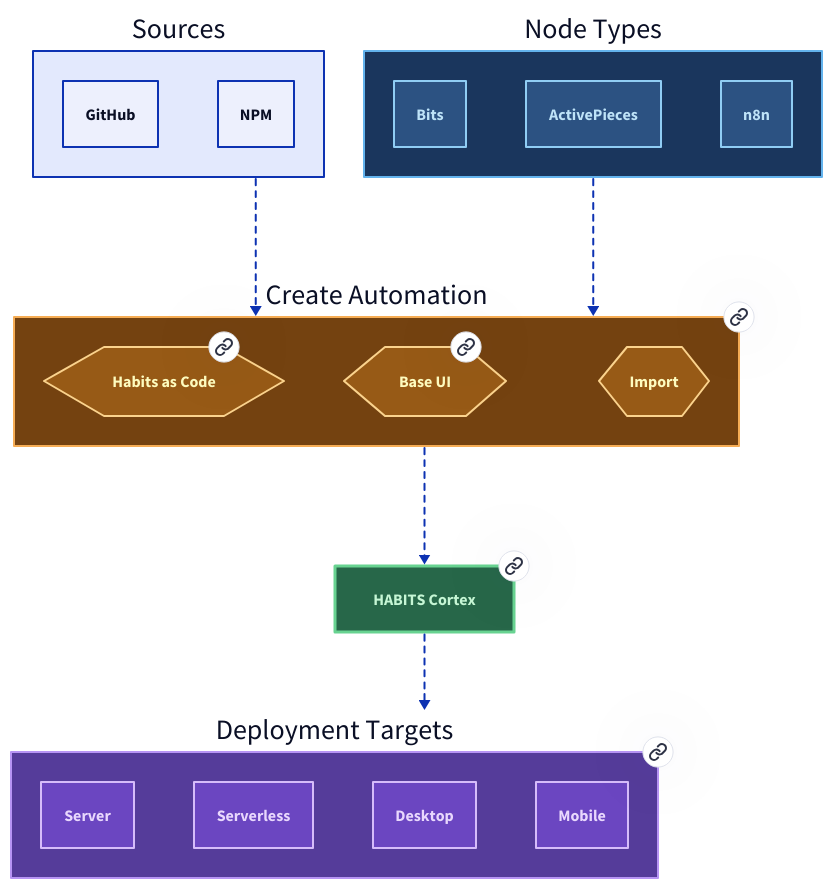
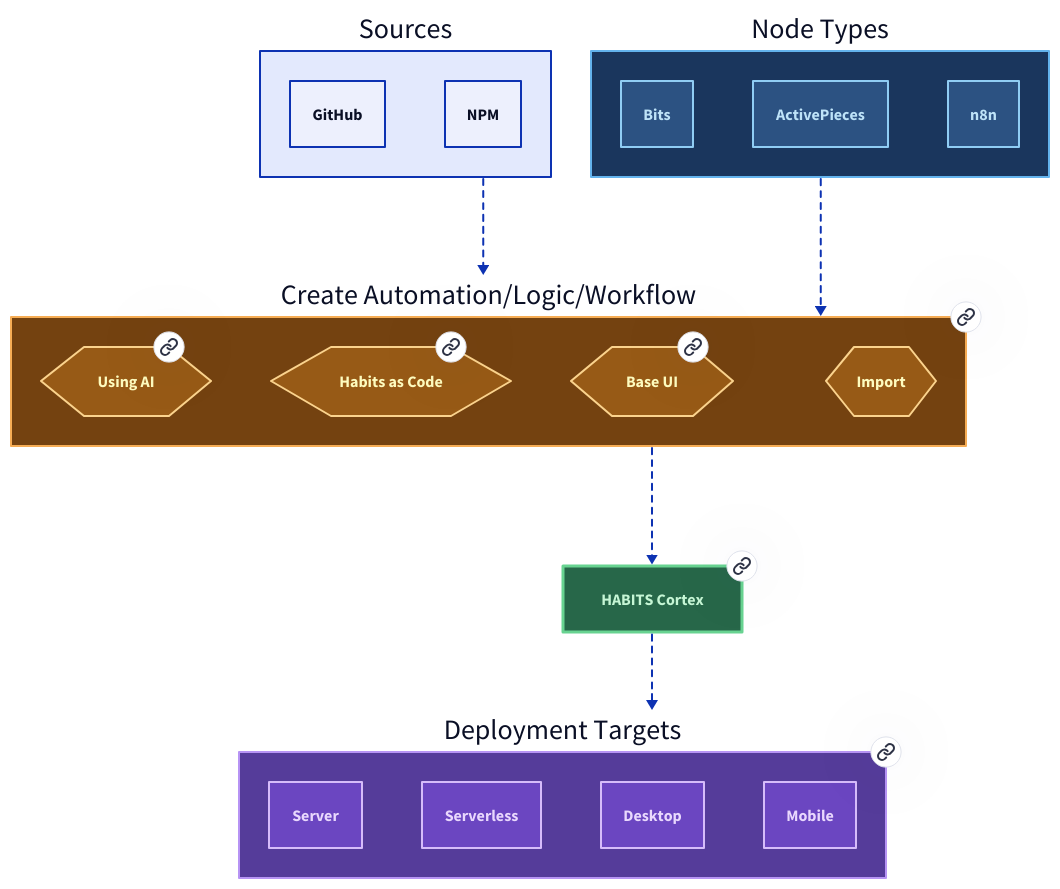
The diagram in docs/diagrams/components.md (Codenteam/habits), drawn with D2 before and after one commit. The commit also changed 3 other files, not shown here.

```diff
--- a/docs/diagrams/components.md
+++ b/docs/diagrams/components.md
@@ -43,11 +43,19 @@
   }
 }
 
-definition: Create Automation {
+definition: Create Automation/Logic/Workflow {
   link: /intersect/habits/deep-dive/creating
   style.fill: "#744210"
   style.stroke: "#f6ad55"
   
+  m0: Using AI {
+    link: /intersect/habits/getting-started/first-habit-using-ai
+    shape: hexagon
+    style.fill: "#975a16"
+    style.stroke: "#fbd38d"
+    style.font-color: "#fefcbf"
+  }
+
   m1: Habits as Code {
     link: /intersect/habits/getting-started/first-habit
     shape: hexagon
```
